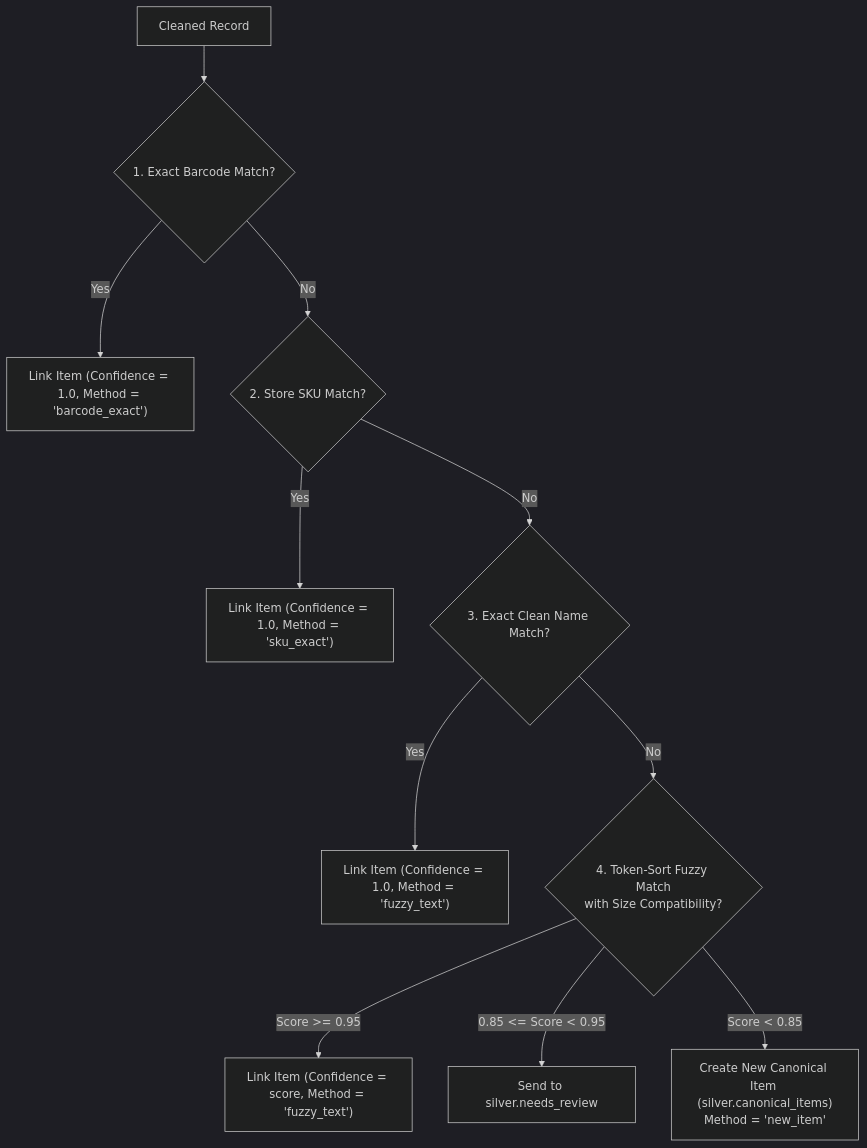
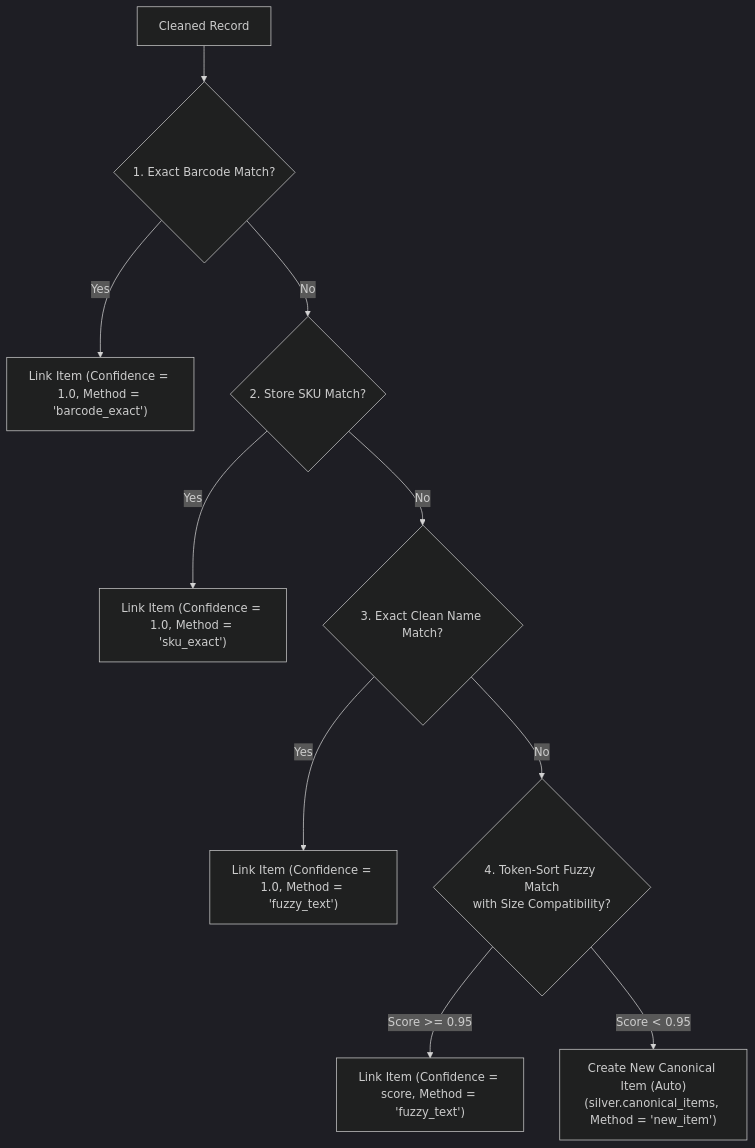
One commit to Korngmeng-Taing/Cambodia-cpi-pipeline changed the second of 3 diagrams in docs/PRODUCT_CLASSIFICATION_WORKFLOW.md. Above: the diagram before and after it, drawn with Mermaid (dark theme). The commit also changed other lines of this file and 74 other files, not shown here.

Commit message:
feat: align medallion silver-gold models, AI-first COICOP classification, automated item matching, and documentation

````diff
--- a/docs/PRODUCT_CLASSIFICATION_WORKFLOW.md
+++ b/docs/PRODUCT_CLASSIFICATION_WORKFLOW.md
@@ -133,13 +129,12 @@
 ```mermaid
 flowchart TD
     A["Cleaned Record"] --> B{"1. Exact Barcode Match?"}
     B -- Yes --> B1["Link Item (Confidence = 1.0, Method = 'barcode_exact')"]
     B -- No --> C{"2. Store SKU Match?"}
     C -- Yes --> C1["Link Item (Confidence = 1.0, Method = 'sku_exact')"]
     C -- No --> D{"3. Exact Clean Name Match?"}
     D -- Yes --> D1["Link Item (Confidence = 1.0, Method = 'fuzzy_text')"]
     D -- No --> E{"4. Token-Sort Fuzzy Match\nwith Size Compatibility?"}
     E -- "Score >= 0.95" --> E1["Link Item (Confidence = score, Method = 'fuzzy_text')"]
-    E -- "0.85 <= Score < 0.95" --> E2["Send to silver.needs_review"]
-    E -- "Score < 0.85" --> F["Create New Canonical Item (silver.canonical_items)\nMethod = 'new_item'"]
+    E -- "Score < 0.95" --> F["Create New Canonical Item (Auto)\n(silver.canonical_items, Method = 'new_item')"]
 ```
````
